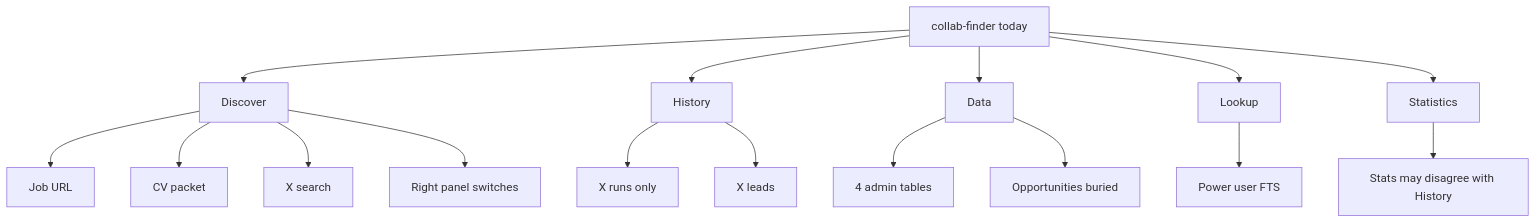
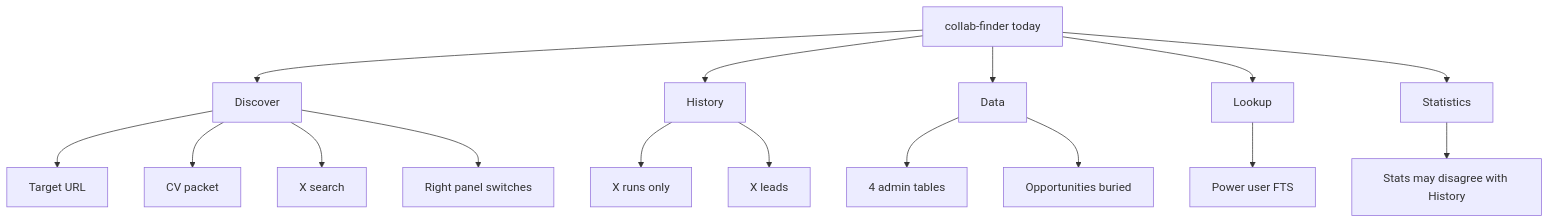
Before and after one commit to p10ns11y/collab-finder: the fourth of 6 diagrams in reports/ux-review-v0.1-dogfood.md, drawn with Mermaid. The commit also changed other lines of this file and 31 other files, not shown here.

First line of the commit message:
chore: deepest clean of legacy terminology (Job/JobTarget -> Opportunity/Target, Hunt -> Xplore)

````diff
--- a/reports/ux-review-v0.1-dogfood.md
+++ b/reports/ux-review-v0.1-dogfood.md
@@ -209,24 +209,24 @@
 ```mermaid
 flowchart TB
   root_today[collab-finder today]
 
   root_today --> D[Discover]
-  D --> D1[Job URL]
+  D --> D1[Target URL]
   D --> D2[CV packet]
   D --> D3[X search]
   D --> D4[Right panel switches]
 
   root_today --> H[History]
   H --> H1[X runs only]
   H --> H2[X leads]
 
   root_today --> DT[Data]
   DT --> DT1[4 admin tables]
   DT --> DT2[Opportunities buried]
 
   root_today --> L[Lookup]
   L --> L1[Power user FTS]
 
   root_today --> S[Statistics]
   S --> S1[Stats may disagree with History]
 ```
````
